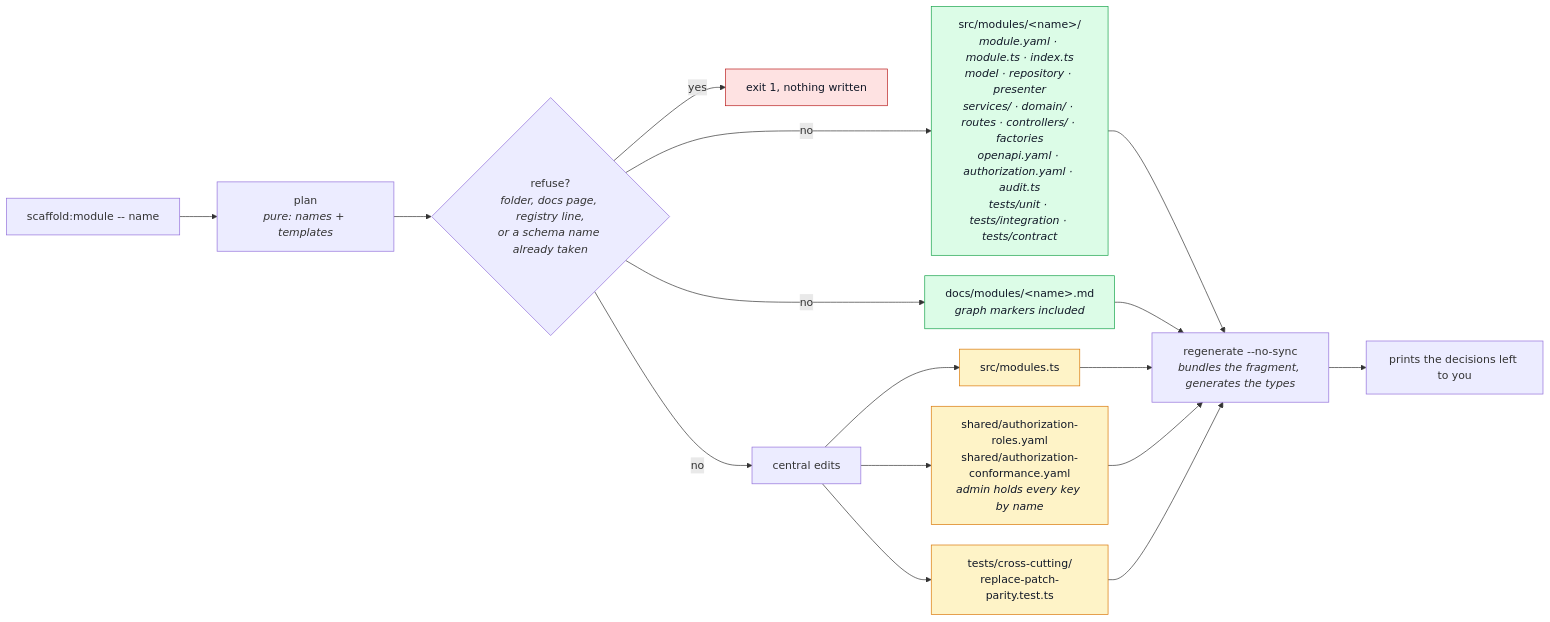
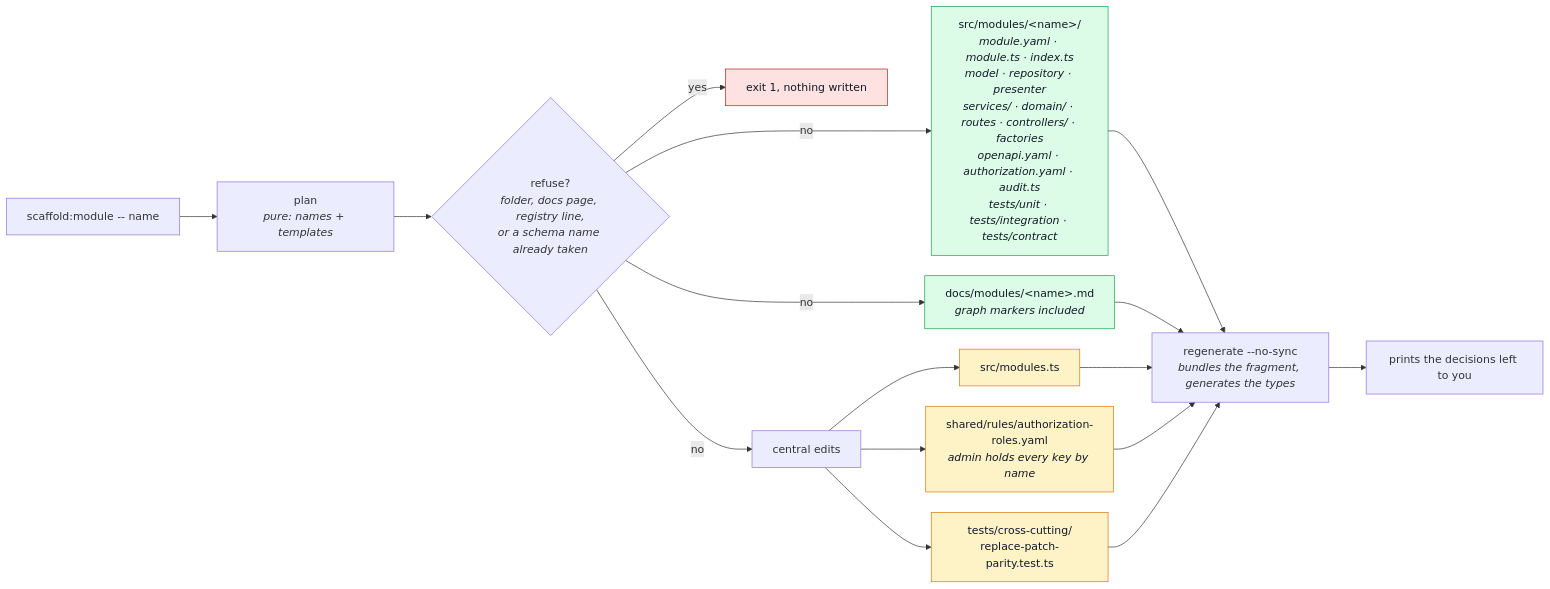
One commit to Guebbit/boilerplate-node-backend changed the diagram in docs/tools/module-scaffolder.md. Above: the diagram before and after it, drawn with Mermaid. The commit also changed other lines of this file and 110 other files, not shown here.

First line of the commit message:
refactor(shared): group shared files by kind; authorization cases name roles, not grant copies

````diff
--- a/docs/tools/module-scaffolder.md
+++ b/docs/tools/module-scaffolder.md
@@ -36,26 +36,26 @@
 ```mermaid
 %%{init: {'flowchart': {'nodeSpacing': 30, 'rankSpacing': 55}}}%%
 flowchart LR
     C["scaffold:module -- name"] --> P["plan<br/><i>pure: names + templates</i>"]
     P --> R{"refuse?<br/><i>folder, docs page, registry line,<br/>or a schema name already taken</i>"}
     R -->|yes| X["exit 1, nothing written"]
     R -->|no| M["src/modules/&lt;name&gt;/<br/><i>module.yaml · module.ts · index.ts<br/>model · repository · presenter<br/>services/ · domain/ · routes · controllers/ · factories<br/>openapi.yaml · authorization.yaml · audit.ts<br/>tests/unit · tests/integration · tests/contract</i>"]
     R -->|no| D["docs/modules/&lt;name&gt;.md<br/><i>graph markers included</i>"]
     R -->|no| E["central edits"]
     E --> E1["src/modules.ts"]
-    E --> E2["shared/authorization-roles.yaml<br/>shared/authorization-conformance.yaml<br/><i>admin holds every key by name</i>"]
+    E --> E2["shared/rules/authorization-roles.yaml<br/><i>admin holds every key by name</i>"]
     E --> E3["tests/cross-cutting/<br/>replace-patch-parity.test.ts"]
     M --> G["regenerate --no-sync<br/><i>bundles the fragment, generates the types</i>"]
     D --> G
     E1 --> G
     E2 --> G
     E3 --> G
     G --> O["prints the decisions left to you"]
 
     classDef own fill:#dcfce7,stroke:#16a34a,color:#111827;
     classDef shared fill:#fef3c7,stroke:#d97706,color:#111827;
     classDef stop fill:#fee2e2,stroke:#b91c1c,color:#111827;
     class M,D own;
     class E1,E2,E3 shared;
     class X stop;
 ```
````
